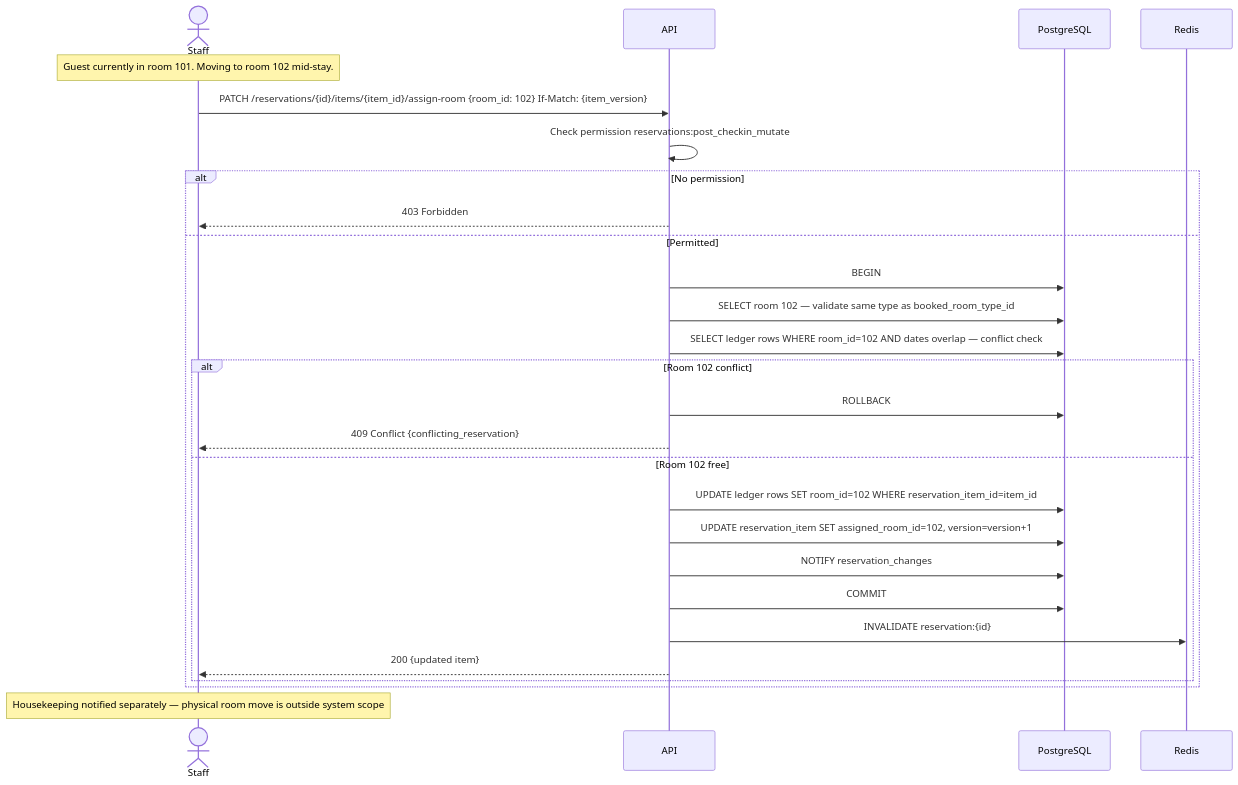
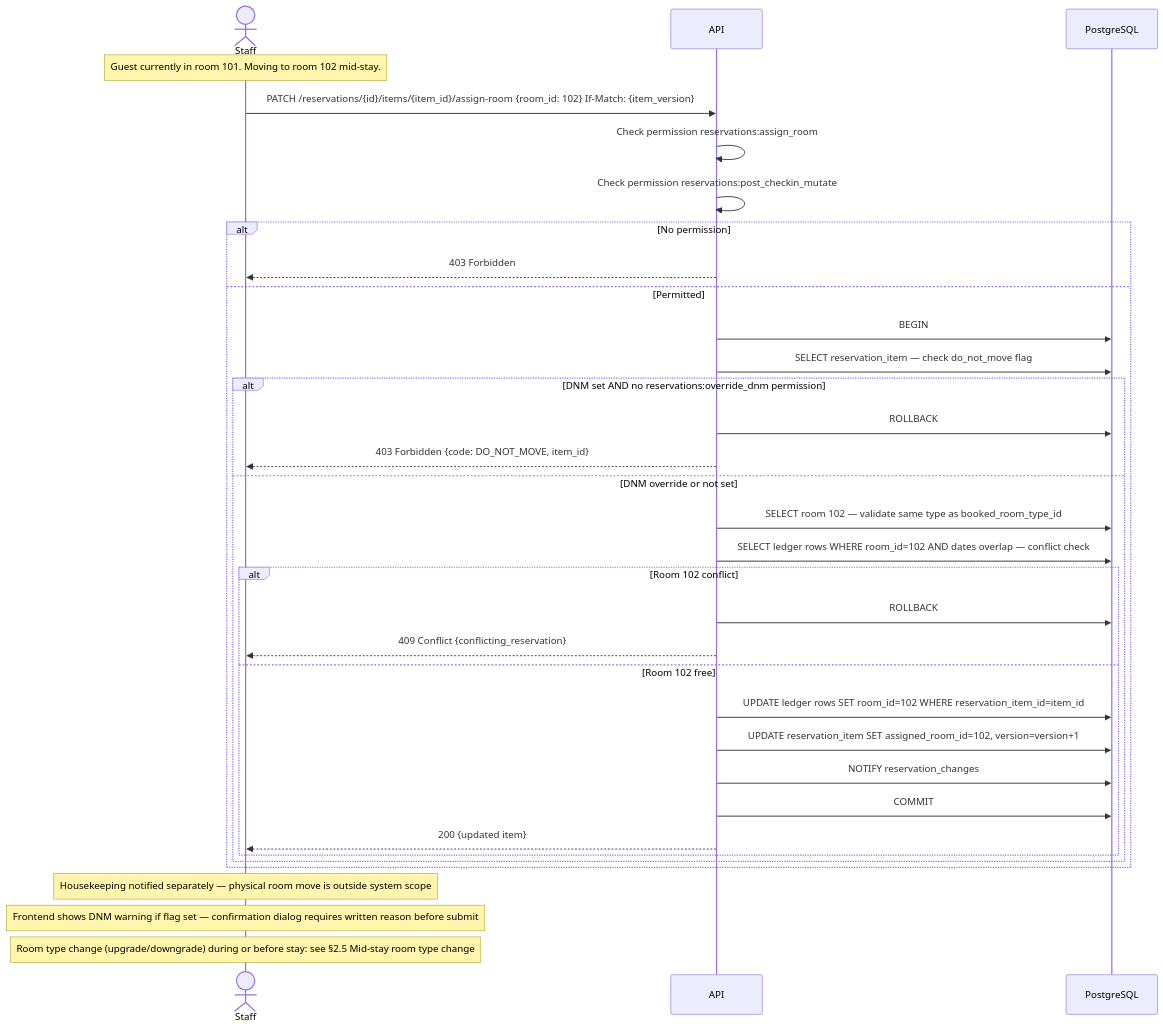
The ninth of 33 diagrams in docs/flows/reservations.md (mallytj/yop-pms), drawn with Mermaid before and after one commit. The commit also changed other lines of this file, not shown here.

Commit message:
docs(reservations): update the flows post review

````diff
--- a/docs/flows/reservations.md
+++ b/docs/flows/reservations.md
@@ -438,32 +490,39 @@
 ```mermaid
 sequenceDiagram
     actor Staff
     participant API
     participant DB as PostgreSQL
-    participant Redis
 
     Note over Staff: Guest currently in room 101. Moving to room 102 mid-stay.
 
     Staff->>API: PATCH /reservations/{id}/items/{item_id}/assign-room {room_id: 102} If-Match: {item_version}
+    API->>API: Check permission reservations:assign_room
     API->>API: Check permission reservations:post_checkin_mutate
     alt No permission
         API-->>Staff: 403 Forbidden
     else Permitted
         API->>DB: BEGIN
-        API->>DB: SELECT room 102 — validate same type as booked_room_type_id
-        API->>DB: SELECT ledger rows WHERE room_id=102 AND dates overlap — conflict check
-        alt Room 102 conflict
+        API->>DB: SELECT reservation_item — check do_not_move flag
+        alt DNM set AND no reservations:override_dnm permission
             API->>DB: ROLLBACK
-            API-->>Staff: 409 Conflict {conflicting_reservation}
-        else Room 102 free
-            API->>DB: UPDATE ledger rows SET room_id=102 WHERE reservation_item_id=item_id
-            API->>DB: UPDATE reservation_item SET assigned_room_id=102, version=version+1
-            API->>DB: NOTIFY reservation_changes
-            API->>DB: COMMIT
-            API->>Redis: INVALIDATE reservation:{id}
-            API-->>Staff: 200 {updated item}
+            API-->>Staff: 403 Forbidden {code: DO_NOT_MOVE, item_id}
+        else DNM override or not set
+            API->>DB: SELECT room 102 — validate same type as booked_room_type_id
+            API->>DB: SELECT ledger rows WHERE room_id=102 AND dates overlap — conflict check
+            alt Room 102 conflict
+                API->>DB: ROLLBACK
+                API-->>Staff: 409 Conflict {conflicting_reservation}
+            else Room 102 free
+                API->>DB: UPDATE ledger rows SET room_id=102 WHERE reservation_item_id=item_id
+                API->>DB: UPDATE reservation_item SET assigned_room_id=102, version=version+1
+                API->>DB: NOTIFY reservation_changes
+                API->>DB: COMMIT
+                API-->>Staff: 200 {updated item}
+            end
         end
     end
 
     Note over Staff: Housekeeping notified separately — physical room move is outside system scope
+    Note over Staff: Frontend shows DNM warning if flag set — confirmation dialog requires written reason before submit
+    Note over Staff: Room type change (upgrade/downgrade) during or before stay: see §2.5 Mid-stay room type change
 ```
````
